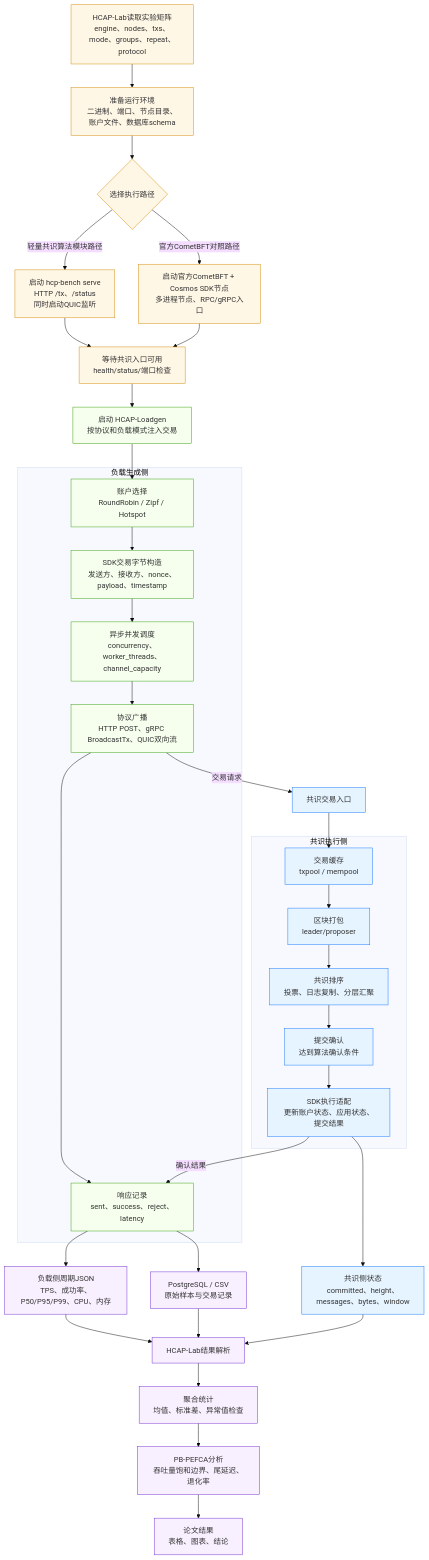
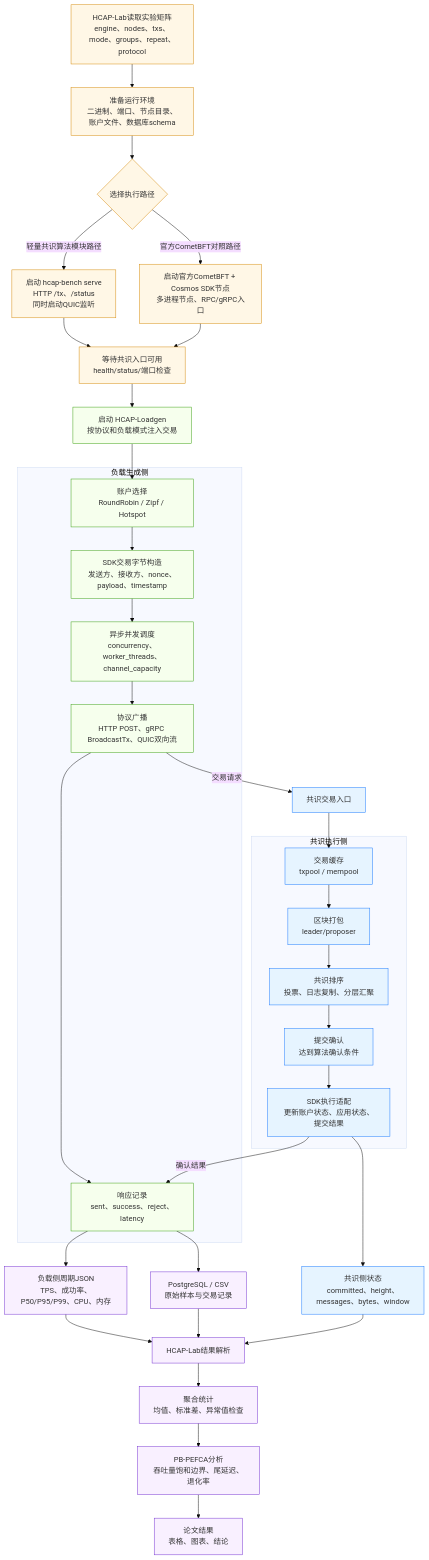
One commit to fffeng99999/hcp changed the second of 10 diagrams in chapter4-mermaid/README.md. Above: the diagram before and after it, drawn with Mermaid (base theme). The commit also changed other lines of this file and 1 other file, not shown here.

````diff
--- a/chapter4-mermaid/README.md
+++ b/chapter4-mermaid/README.md
@@ -100,54 +100,54 @@
 ```mermaid
 flowchart TB
   A["HCAP-Lab读取实验矩阵<br/>engine、nodes、txs、mode、groups、repeat、protocol"] --> B["准备运行环境<br/>二进制、端口、节点目录、账户文件、数据库schema"]
   B --> C{"选择执行路径"}
 
-  C -- "轻量共识算法模块路径" --> D["启动 hcp-bench serve<br/>HTTP /tx、/status<br/>同时启动QUIC监听"]
+  C -- "轻量共识算法模块路径" --> D["启动 hcap-bench serve<br/>HTTP /tx、/status<br/>同时启动QUIC监听"]
   C -- "官方CometBFT对照路径" --> E["启动官方CometBFT + Cosmos SDK节点<br/>多进程节点、RPC/gRPC入口"]
 
   D --> F["等待共识入口可用<br/>health/status/端口检查"]
   E --> F
 
   F --> G["启动 HCAP-Loadgen<br/>按协议和负载模式注入交易"]
 
   subgraph LoadSide["负载生成侧"]
     G1["账户选择<br/>RoundRobin / Zipf / Hotspot"]
     G2["SDK交易字节构造<br/>发送方、接收方、nonce、payload、timestamp"]
     G3["异步并发调度<br/>concurrency、worker_threads、channel_capacity"]
     G4["协议广播<br/>HTTP POST、gRPC BroadcastTx、QUIC双向流"]
     G5["响应记录<br/>sent、success、reject、latency"]
   end
 
   G --> G1 --> G2 --> G3 --> G4 --> G5
   G4 -- "交易请求" --> H["共识交易入口"]
 
   subgraph ConsensusSide["共识执行侧"]
     H1["交易缓存<br/>txpool / mempool"]
     H2["区块打包<br/>leader/proposer"]
     H3["共识排序<br/>投票、日志复制、分层汇聚"]
     H4["提交确认<br/>达到算法确认条件"]
     H5["SDK执行适配<br/>更新账户状态、应用状态、提交结果"]
   end
 
   H --> H1 --> H2 --> H3 --> H4 --> H5
   H5 -- "确认结果" --> G5
 
   G5 --> I["负载侧周期JSON<br/>TPS、成功率、P50/P95/P99、CPU、内存"]
   H5 --> J["共识侧状态<br/>committed、height、messages、bytes、window"]
   G5 --> K["PostgreSQL / CSV<br/>原始样本与交易记录"]
   I --> L["HCAP-Lab结果解析"]
   J --> L
   K --> L
   L --> M["聚合统计<br/>均值、标准差、异常值检查"]
   M --> N["PB-PEFCA分析<br/>吞吐量饱和边界、尾延迟、退化率"]
   N --> O["论文结果<br/>表格、图表、结论"]
 
   classDef prep fill:#fff7e6,stroke:#d48806;
   classDef load fill:#f6ffed,stroke:#389e0d;
   classDef con fill:#e6f4ff,stroke:#1677ff;
   classDef ana fill:#f9f0ff,stroke:#722ed1;
   class A,B,C,D,E,F prep;
   class G,G1,G2,G3,G4,G5 load;
   class H,H1,H2,H3,H4,H5,J con;
   class I,K,L,M,N,O ana;
 ```
````
